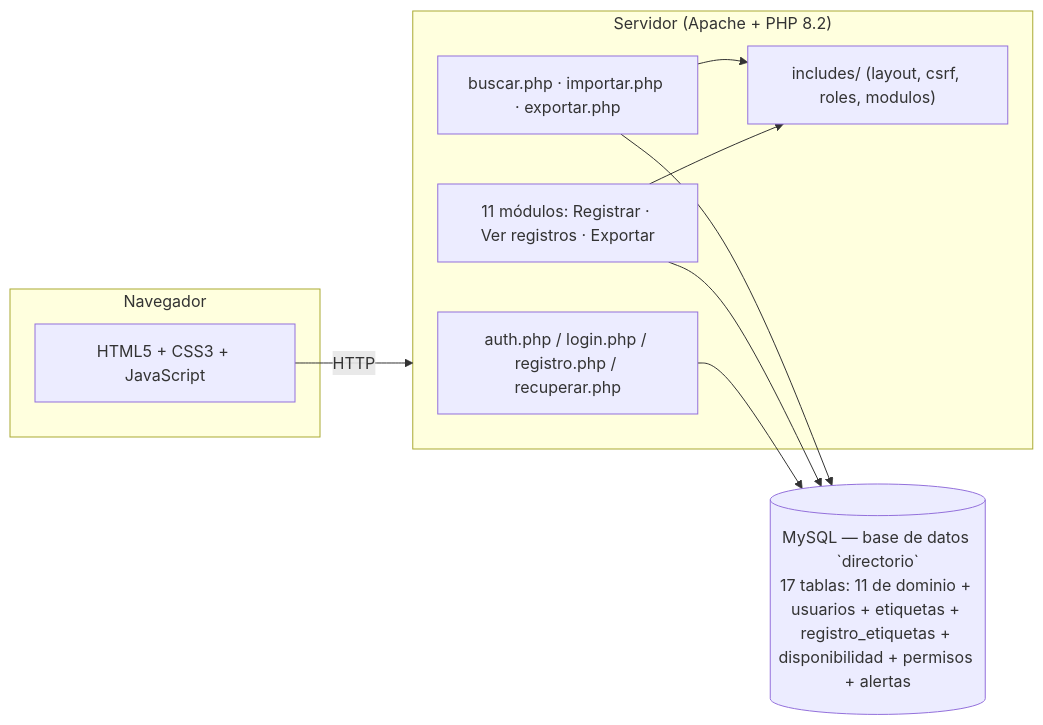
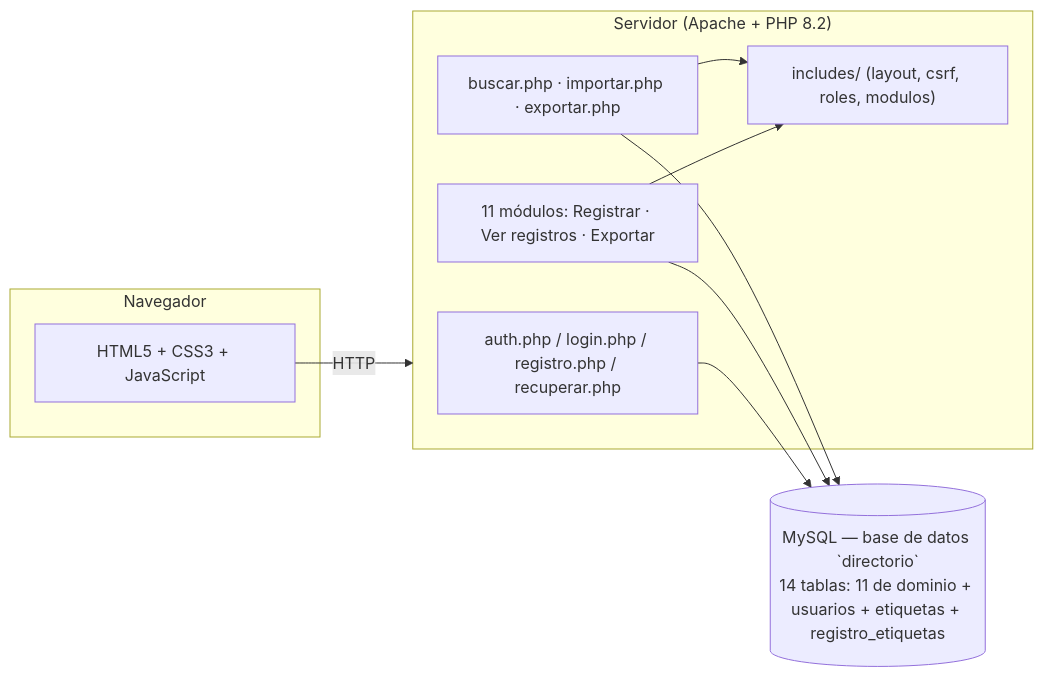
Before and after one commit to BrayanPaez15/proyecto-tesis: the diagram in README.md, drawn with Mermaid. The commit also changed other lines of this file and 18 other files, not shown here.

First line of the commit message:
Mantener las 14 tablas: permisos, alertas y agenda pasan a columnas

````diff
--- a/README.md
+++ b/README.md
@@ -28,20 +28,20 @@
 ```mermaid
 flowchart LR
     subgraph Cliente["Navegador"]
         UI["HTML5 + CSS3 + JavaScript"]
     end
     subgraph Servidor["Servidor (Apache + PHP 8.2)"]
         Auth["auth.php / login.php / registro.php / recuperar.php"]
         Modulos["11 módulos: Registrar · Ver registros · Exportar"]
         Includes["includes/ (layout, csrf, roles, modulos)"]
         Herramientas["buscar.php · importar.php · exportar.php"]
     end
-    DB[("MySQL — base de datos `directorio`\n17 tablas: 11 de dominio + usuarios + etiquetas + registro_etiquetas + disponibilidad + permisos + alertas")]
+    DB[("MySQL — base de datos `directorio`\n14 tablas: 11 de dominio + usuarios + etiquetas + registro_etiquetas")]
 
     UI -->|HTTP| Servidor
     Auth --> DB
     Modulos --> Includes
     Modulos --> DB
     Herramientas --> Includes
     Herramientas --> DB
 ```
````
